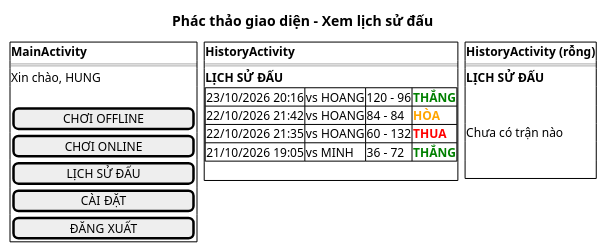
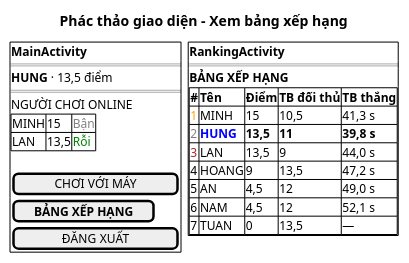
The diagram in docs/hung/giao-dien-uc04.puml (HungNguyenBa1811/math-dash), drawn with PlantUML before and after one commit. The commit also changed 60 other files, not shown here.

First line of the commit message:
docs(M3,M4): tài liệu Hùng theo đề 9: Chơi online, Xem bảng xếp hạng, Đăng nhập - đăng ký

```diff
--- a/docs/hung/giao-dien-uc04.puml
+++ b/docs/hung/giao-dien-uc04.puml
@@ -1,36 +1,34 @@
-@startsalt giao-dien-uc06
-title Phác thảo giao diện – Xem lịch sử đấu
+@startsalt giao-dien-uc04
+title Phác thảo giao diện – Xem bảng xếp hạng
 {
   {+
   <b>MainActivity
   ==
-  Xin chào, HUNG
-  .
-  [     CHƠI OFFLINE     ]
-  [      CHƠI ONLINE     ]
-  [      LỊCH SỬ ĐẤU     ]
-  [        CÀI ĐẶT       ]
-  [       ĐĂNG XUẤT      ]
-  } | . | {+
-  <b>HistoryActivity
+  <b>HUNG</b> · 13,5 điểm
   ==
-  <b>LỊCH SỬ ĐẤU
+  NGƯỜI CHƠI ONLINE
   {#
-  23/10/2026 20:16 | vs HOANG | 120 - 96 | <color:green><b>THẮNG</b></color>
-  22/10/2026 21:42 | vs HOANG | 84 - 84 | <color:orange><b>HÒA</b></color>
-  22/10/2026 21:35 | vs HOANG | 60 - 132 | <color:red><b>THUA</b></color>
-  21/10/2026 19:05 | vs MINH | 36 - 72 | <color:green><b>THẮNG</b></color>
+  MINH | 15 | <color:gray>Bận</color>
+  LAN | 13,5 | <color:green>Rỗi</color>
   }
   .
+  [    CHƠI VỚI MÁY    ]
+  [  <b>BẢNG XẾP HẠNG</b>  ]
+  [      ĐĂNG XUẤT     ]
   } | . | {+
-  <b>HistoryActivity (rỗng)
+  <b>RankingActivity
   ==
-  <b>LỊCH SỬ ĐẤU
-  .
-  .
-  Chưa có trận nào
-  .
-  .
+  <b>BẢNG XẾP HẠNG
+  {#
+  <b>#</b> | <b>Tên</b> | <b>Điểm</b> | <b>TB đối thủ</b> | <b>TB thắng</b>
+  <color:orange>1</color> | MINH | 15 | 10,5 | 41,3 s
+  <color:gray>2</color> | <b><color:blue>HUNG</color></b> | <b>13,5</b> | <b>11</b> | <b>39,8 s</b>
+  <color:brown>3</color> | LAN | 13,5 | 9 | 44,0 s
+  4 | HOANG | 9 | 13,5 | 47,2 s
+  5 | AN | 4,5 | 12 | 49,0 s
+  6 | NAM | 4,5 | 12 | 52,1 s
+  7 | TUAN | 0 | 13,5 | —
+  }
   }
 }
 @endsalt
```
